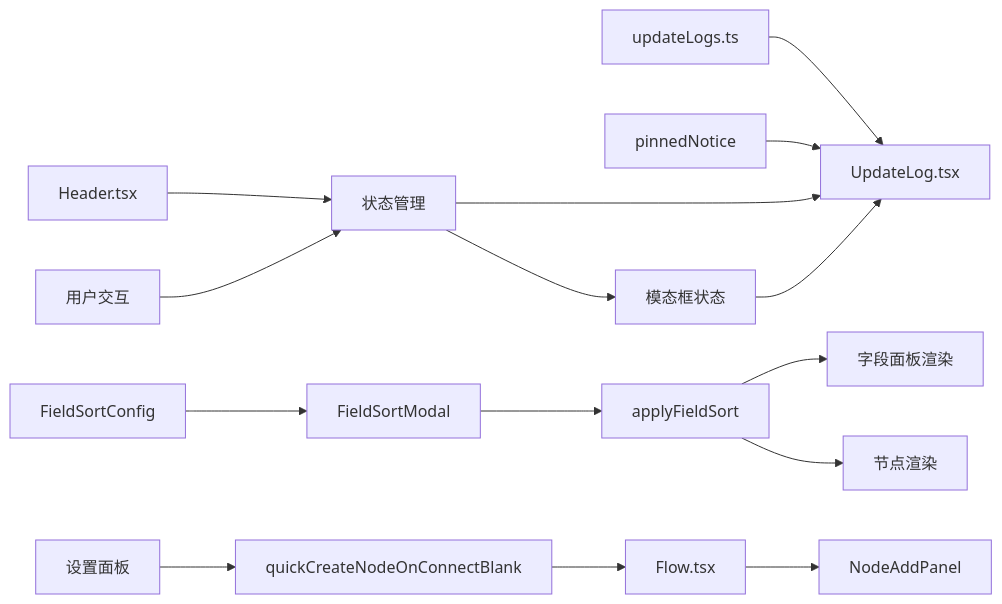
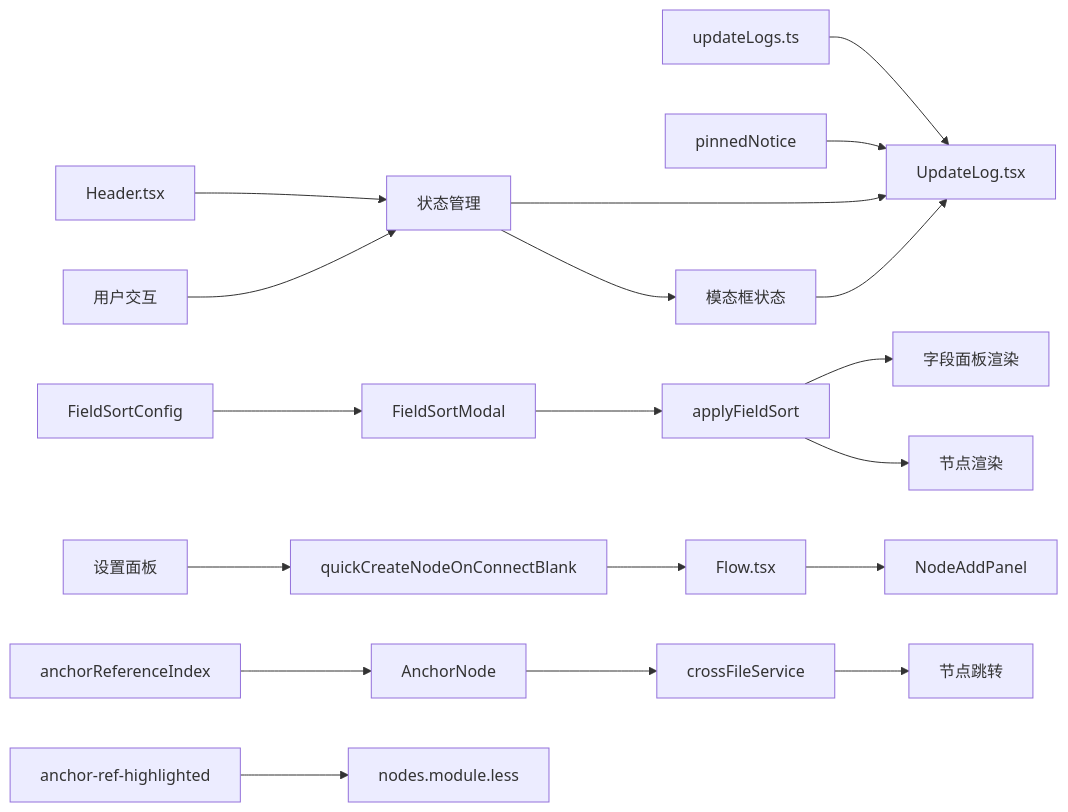
One commit to kqcoxn/MaaPipelineEditor changed diagram 23 of 24 in .qoder/repowiki/zh/content/UpdateLogs.ts.md. Above: the diagram before and after it, drawn with Mermaid. The commit also changed other lines of this file and 19 other files, not shown here.

````diff
--- a/.qoder/repowiki/zh/content/UpdateLogs.ts.md
+++ b/.qoder/repowiki/zh/content/UpdateLogs.ts.md
@@ -578,17 +734,21 @@
 ```mermaid
 flowchart LR
 A[updateLogs.ts] --> B[UpdateLog.tsx]
 C[pinnedNotice] --> B
 D[Header.tsx] --> E[状态管理]
 E --> B
 F[用户交互] --> E
 E --> G[模态框状态]
 G --> B
 H[FieldSortConfig] --> I[FieldSortModal]
 I --> J[applyFieldSort]
 J --> K[字段面板渲染]
 J --> L[节点渲染]
 M[quickCreateNodeOnConnectBlank] --> N[Flow.tsx]
 N --> O[NodeAddPanel]
 P[设置面板] --> M
+Q[anchorReferenceIndex] --> R[AnchorNode]
+R --> S[crossFileService]
+S --> T[节点跳转]
+U[anchor-ref-highlighted] --> V[nodes.module.less]
 ```
````
